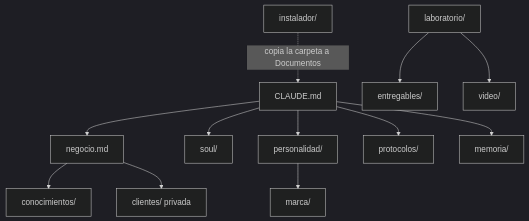
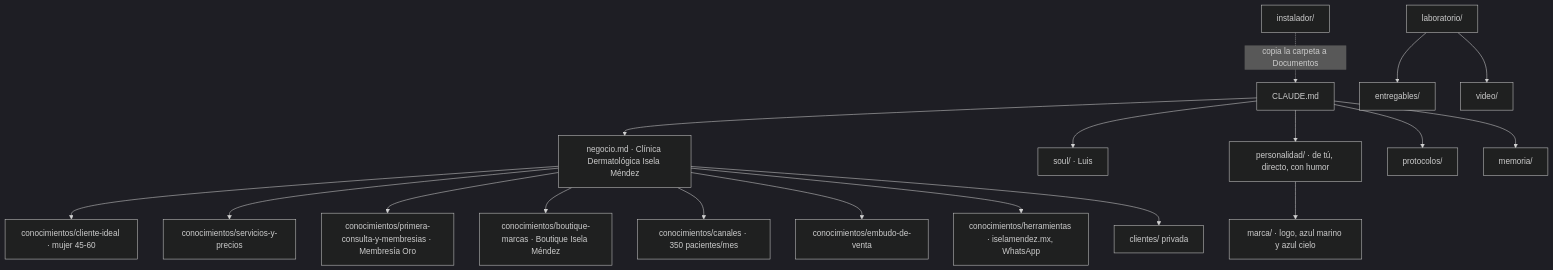
The diagram in grafo/MAPA.md (dermaiselamendez-eng/clarito-), drawn with Mermaid (dark theme) before and after one commit. The commit also changed other lines of this file and 4 other files, not shown here.

First line of the commit message:
Entrevista completa: cierre, embudo de venta, soul de Luis, avance y mapa

````diff
--- a/grafo/MAPA.md
+++ b/grafo/MAPA.md
@@ -3,14 +3,20 @@
 ```mermaid
 graph TD
-  C[CLAUDE.md] --> N[negocio.md]
-  C --> S[soul/]
-  C --> P[personalidad/]
+  C[CLAUDE.md] --> N[negocio.md · Clínica Dermatológica Isela Méndez]
+  C --> S[soul/ · Luis]
+  C --> P[personalidad/ · de tú, directo, con humor]
   C --> R[protocolos/]
   C --> M[memoria/]
-  N --> K[conocimientos/]
+  N --> K1[conocimientos/cliente-ideal · mujer 45-60]
+  N --> K2[conocimientos/servicios-y-precios]
+  N --> K3[conocimientos/primera-consulta-y-membresias · Membresía Oro]
+  N --> K4[conocimientos/boutique-marcas · Boutique Isela Méndez]
+  N --> K5[conocimientos/canales · 350 pacientes/mes]
+  N --> K6[conocimientos/embudo-de-venta]
+  N --> K7[conocimientos/herramientas · iselamendez.mx, WhatsApp]
   N --> CL[clientes/ privada]
-  P --> MA[marca/]
+  P --> MA[marca/ · logo, azul marino y azul cielo]
   L[laboratorio/] --> E[entregables/]
   L --> V[video/]
-  I[instalador/] -. copia la carpeta a Documentos .-> C
+  I[instalador/] -.copia la carpeta a Documentos.-> C
 ```
````
